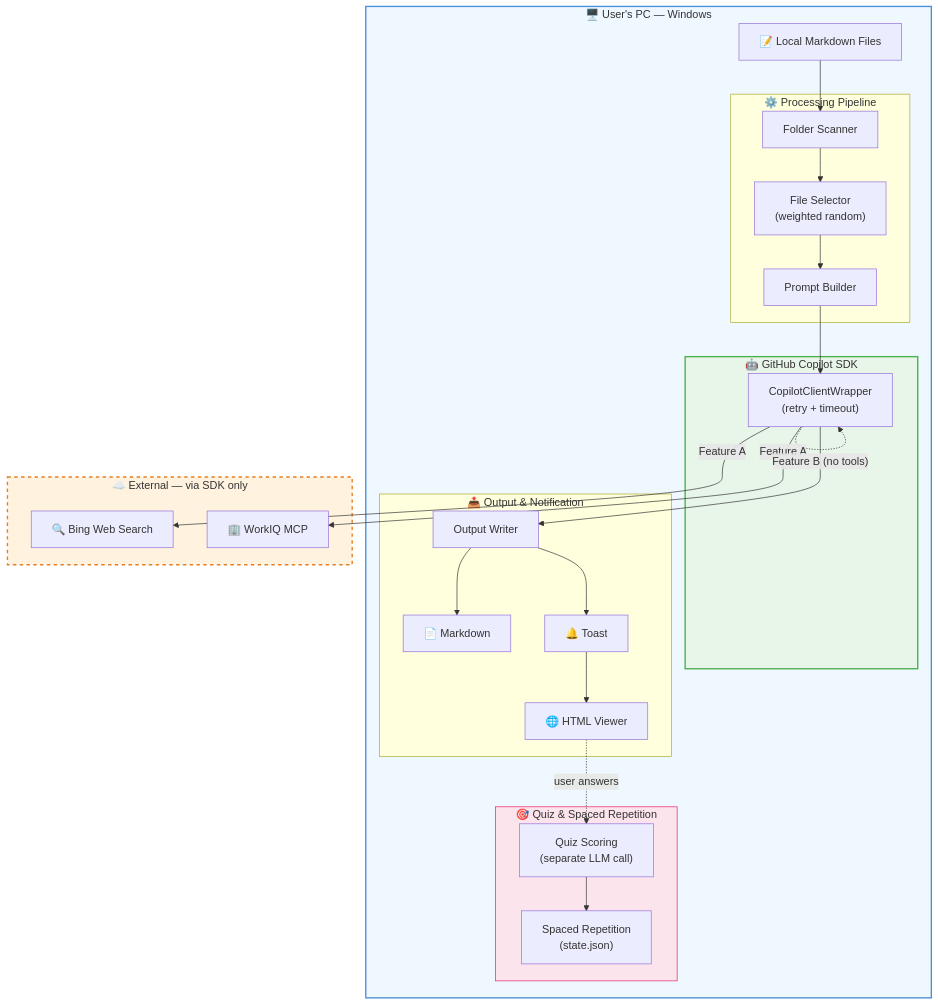
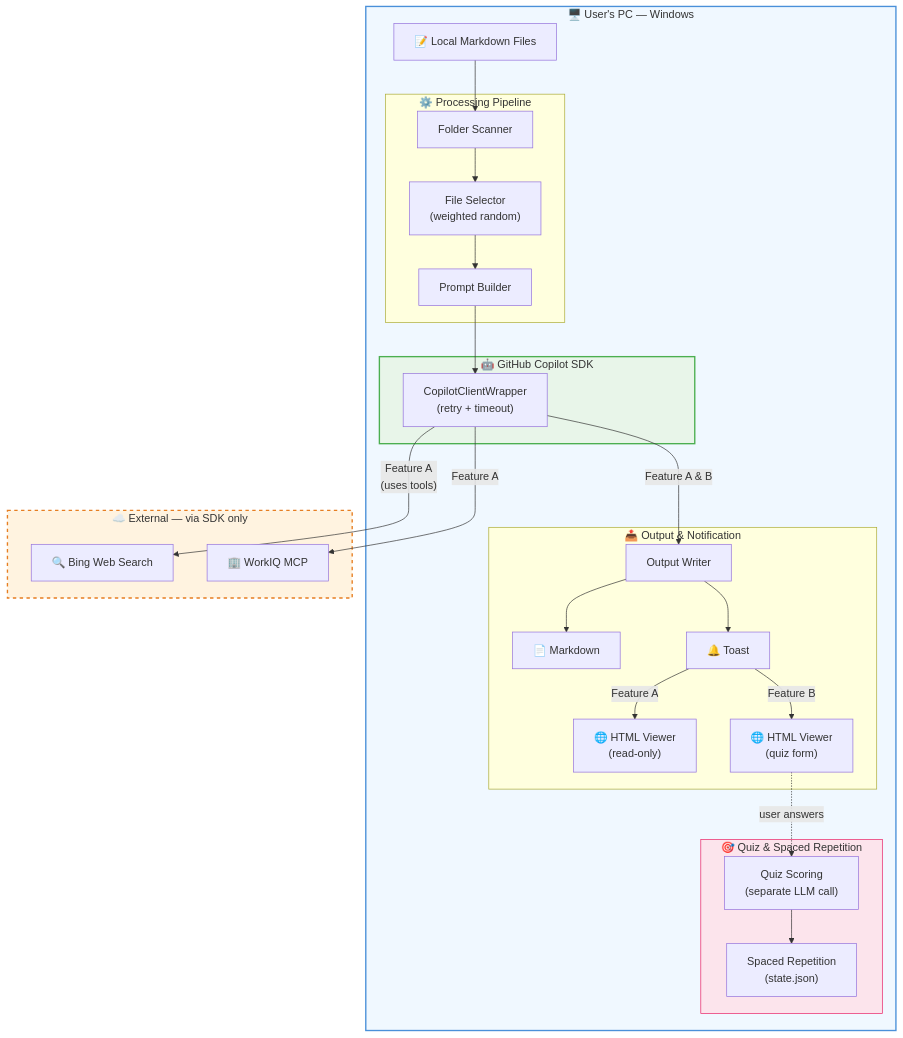
One commit to shitada/ghcpsdknotify changed the first of 2 diagrams in README.md. Above: the diagram before and after it, drawn with Mermaid. The commit also changed other lines of this file, not shown here.

Commit message:
Fix architecture diagrams: Feature B also outputs via toast/viewer, distinguish viewer roles (read-only vs quiz form)

````diff
--- a/README.md
+++ b/README.md
@@ -20,51 +20,52 @@
 ```mermaid
 flowchart TB
     subgraph LOCAL_ENV ["🖥️ User's PC — Windows"]
         MD["📝 Local Markdown Files"]
 
         subgraph PIPELINE ["⚙️ Processing Pipeline"]
             FS["Folder Scanner"]
             SEL["File Selector\n(weighted random)"]
             PB["Prompt Builder"]
             FS --> SEL --> PB
         end
 
         subgraph SDK_LAYER ["🤖 GitHub Copilot SDK"]
             CLIENT["CopilotClientWrapper\n(retry + timeout)"]
         end
 
         subgraph OUTPUT ["📤 Output & Notification"]
             OW["Output Writer"]
             MDF["📄 Markdown"]
             TOAST["🔔 Toast"]
-            VIEWER["🌐 HTML Viewer"]
+            VIEWER_A["🌐 HTML Viewer\n(read-only)"]
+            VIEWER_B["🌐 HTML Viewer\n(quiz form)"]
             OW --> MDF
-            OW --> TOAST --> VIEWER
+            OW --> TOAST
+            TOAST -- "Feature A" --> VIEWER_A
+            TOAST -- "Feature B" --> VIEWER_B
         end
 
         subgraph QUIZ ["🎯 Quiz & Spaced Repetition"]
             SCORE["Quiz Scoring\n(separate LLM call)"]
             SR["Spaced Repetition\n(state.json)"]
             SCORE --> SR
         end
     end
 
     subgraph EXTERNAL ["☁️ External — via SDK only"]
         BING["🔍 Bing Web Search"]
         MCP["🏢 WorkIQ MCP"]
     end
 
     MD --> FS
     PB --> CLIENT
-    CLIENT --> OW
-    VIEWER -. "user answers" .-> SCORE
-
-    CLIENT -- "Feature A" --> BING
+    CLIENT -- "Feature A\n(uses tools)" --> BING
     CLIENT -- "Feature A" --> MCP
-    CLIENT -. "Feature B (no tools)" .-> CLIENT
+    CLIENT -- "Feature A & B" --> OW
+    VIEWER_B -. "user answers" .-> SCORE
 
     style LOCAL_ENV fill:#f0f8ff,stroke:#4a90d9,stroke-width:2px
     style EXTERNAL fill:#fff3e0,stroke:#e67e22,stroke-width:2px,stroke-dasharray:5
     style SDK_LAYER fill:#e8f5e9,stroke:#4caf50,stroke-width:2px
     style QUIZ fill:#fce4ec,stroke:#e91e63,stroke-width:1px
 ```
````
